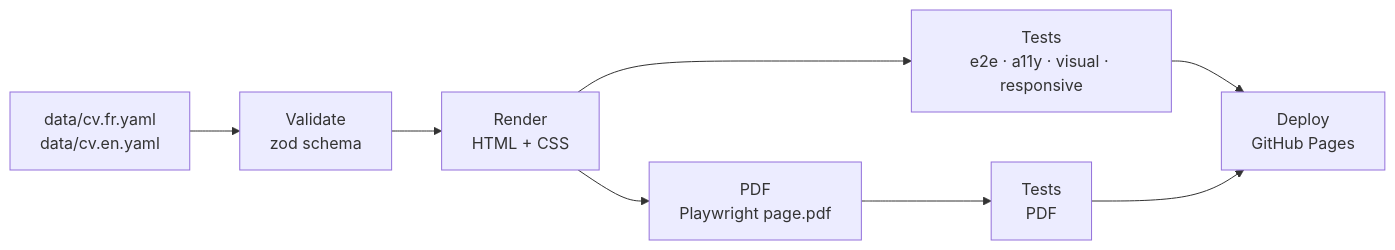
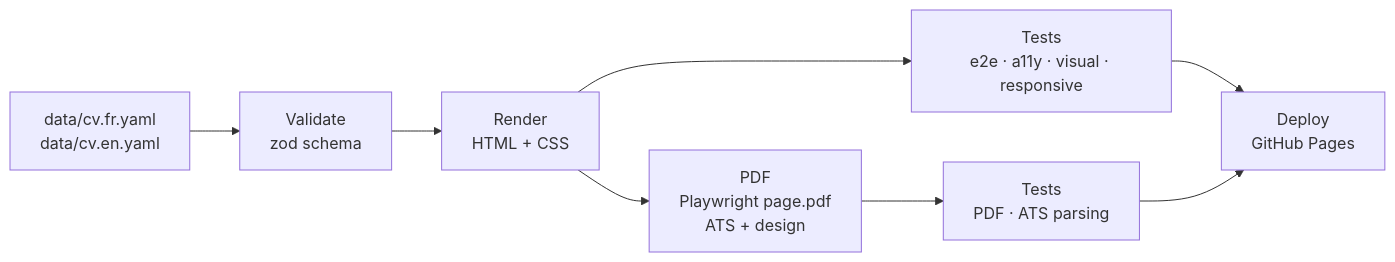
Before and after one commit to wassimaskri-99/cv-as-code: the diagram in README.md, drawn with Mermaid. The commit also changed other lines of this file, not shown here.

Commit message:
docs: explain the ATS and design versions

````diff
--- a/README.md
+++ b/README.md
@@ -16,10 +25,10 @@
 ```mermaid
 flowchart LR
   A[data/cv.fr.yaml<br/>data/cv.en.yaml] --> B[Validate<br/>zod schema]
   B --> C[Render<br/>HTML + CSS]
-  C --> D[PDF<br/>Playwright page.pdf]
+  C --> D[PDF<br/>Playwright page.pdf<br/>ATS + design]
   C --> E[Tests<br/>e2e · a11y · visual · responsive]
-  D --> F[Tests<br/>PDF]
+  D --> F[Tests<br/>PDF · ATS parsing]
   E --> G[Deploy<br/>GitHub Pages]
   F --> G
 ```
````
